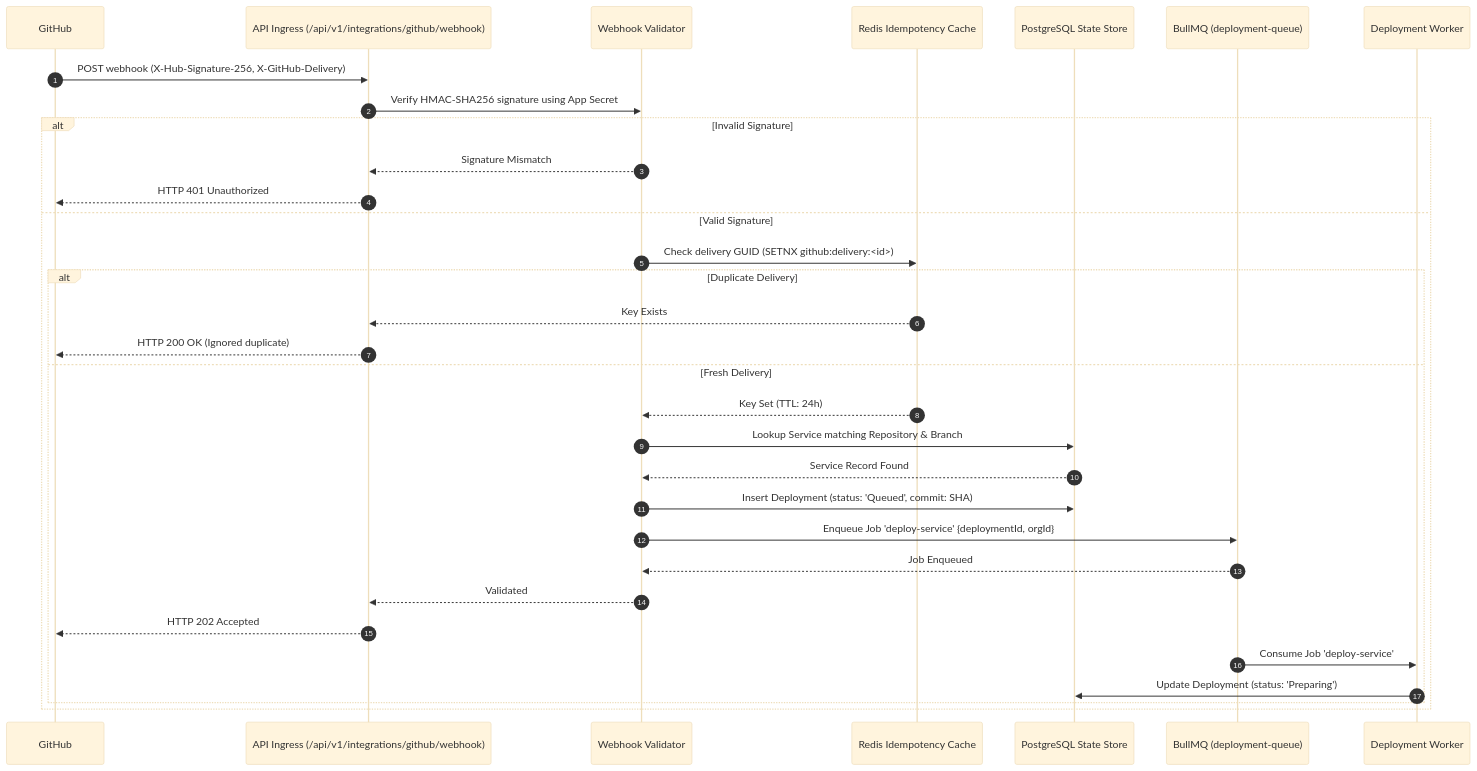
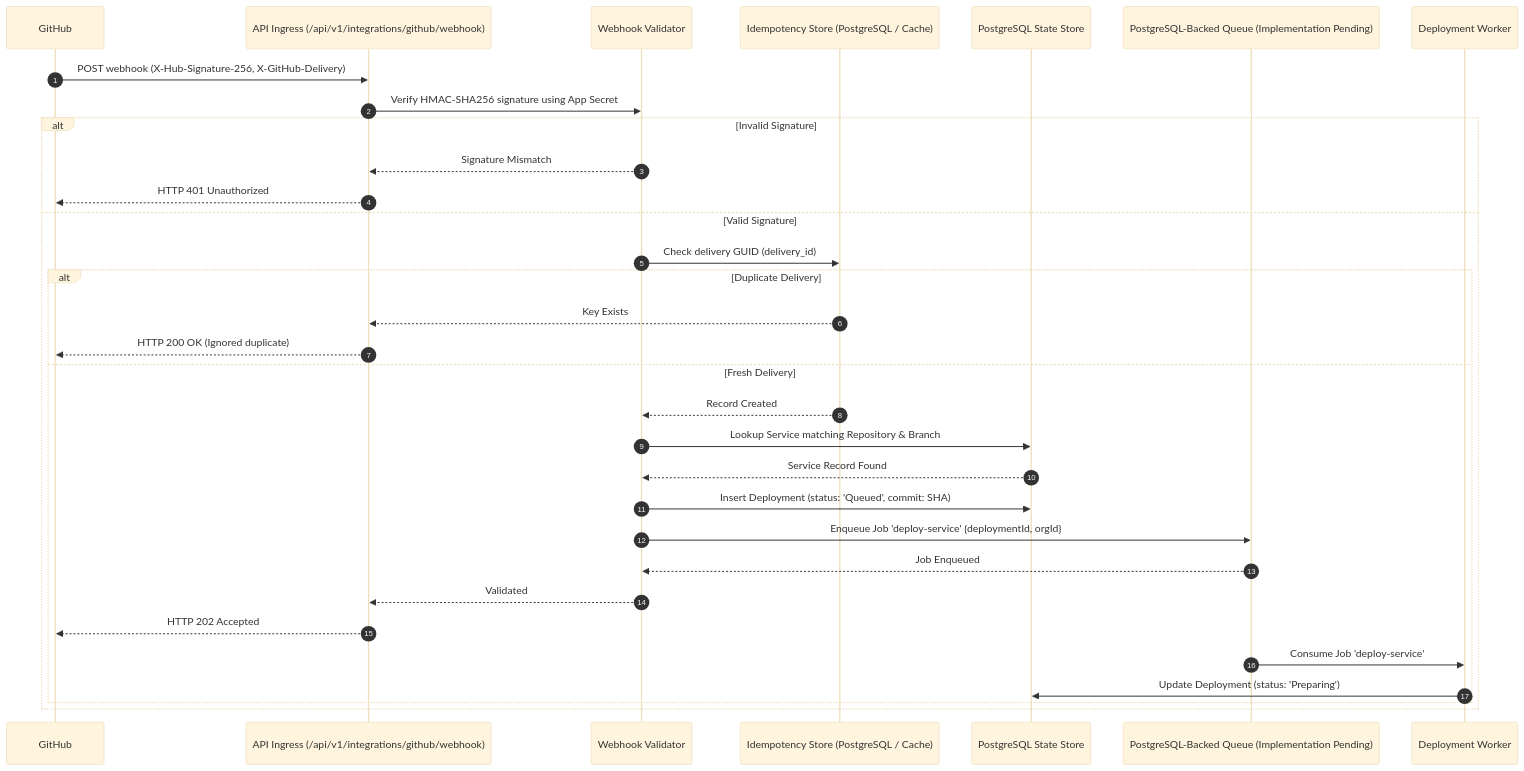
The first of 6 diagrams in docs/architecture/DATA_FLOW.md (anwarbuilds1/OpsPilot), drawn with Mermaid (base theme) before and after one commit. The commit also changed other lines of this file and 40 other files, not shown here.

````diff
--- a/docs/architecture/DATA_FLOW.md
+++ b/docs/architecture/DATA_FLOW.md
@@ -11,36 +11,36 @@
 ```mermaid
 sequenceDiagram
     autonumber
     participant GH as GitHub
     participant Ingress as API Ingress (/api/v1/integrations/github/webhook)
     participant Auth as Webhook Validator
-    participant Dedupe as Redis Idempotency Cache
+    participant Dedupe as Idempotency Store (PostgreSQL / Cache)
     participant DB as PostgreSQL State Store
-    participant Queue as BullMQ (deployment-queue)
+    participant Queue as PostgreSQL-Backed Queue (Implementation Pending)
     participant Worker as Deployment Worker
 
     GH->>Ingress: POST webhook (X-Hub-Signature-256, X-GitHub-Delivery)
     Ingress->>Auth: Verify HMAC-SHA256 signature using App Secret
     alt Invalid Signature
         Auth-->>Ingress: Signature Mismatch
         Ingress-->>GH: HTTP 401 Unauthorized
     else Valid Signature
-        Auth->>Dedupe: Check delivery GUID (SETNX github:delivery:<id>)
+        Auth->>Dedupe: Check delivery GUID (delivery_id)
         alt Duplicate Delivery
             Dedupe-->>Ingress: Key Exists
             Ingress-->>GH: HTTP 200 OK (Ignored duplicate)
         else Fresh Delivery
-            Dedupe-->>Auth: Key Set (TTL: 24h)
+            Dedupe-->>Auth: Record Created
             Auth->>DB: Lookup Service matching Repository & Branch
             DB-->>Auth: Service Record Found
             Auth->>DB: Insert Deployment (status: 'Queued', commit: SHA)
             Auth->>Queue: Enqueue Job 'deploy-service' {deploymentId, orgId}
             Queue-->>Auth: Job Enqueued
             Auth-->>Ingress: Validated
             Ingress-->>GH: HTTP 202 Accepted
             
             Queue->>Worker: Consume Job 'deploy-service'
             Worker->>DB: Update Deployment (status: 'Preparing')
         end
     end
 ```
````
